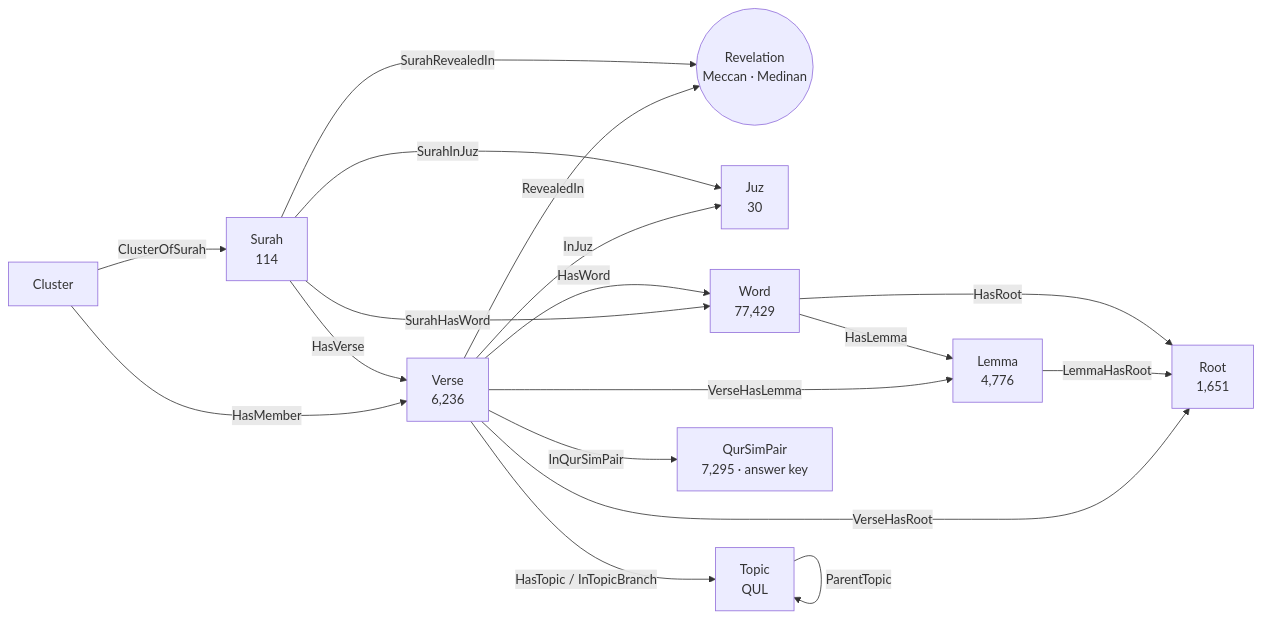
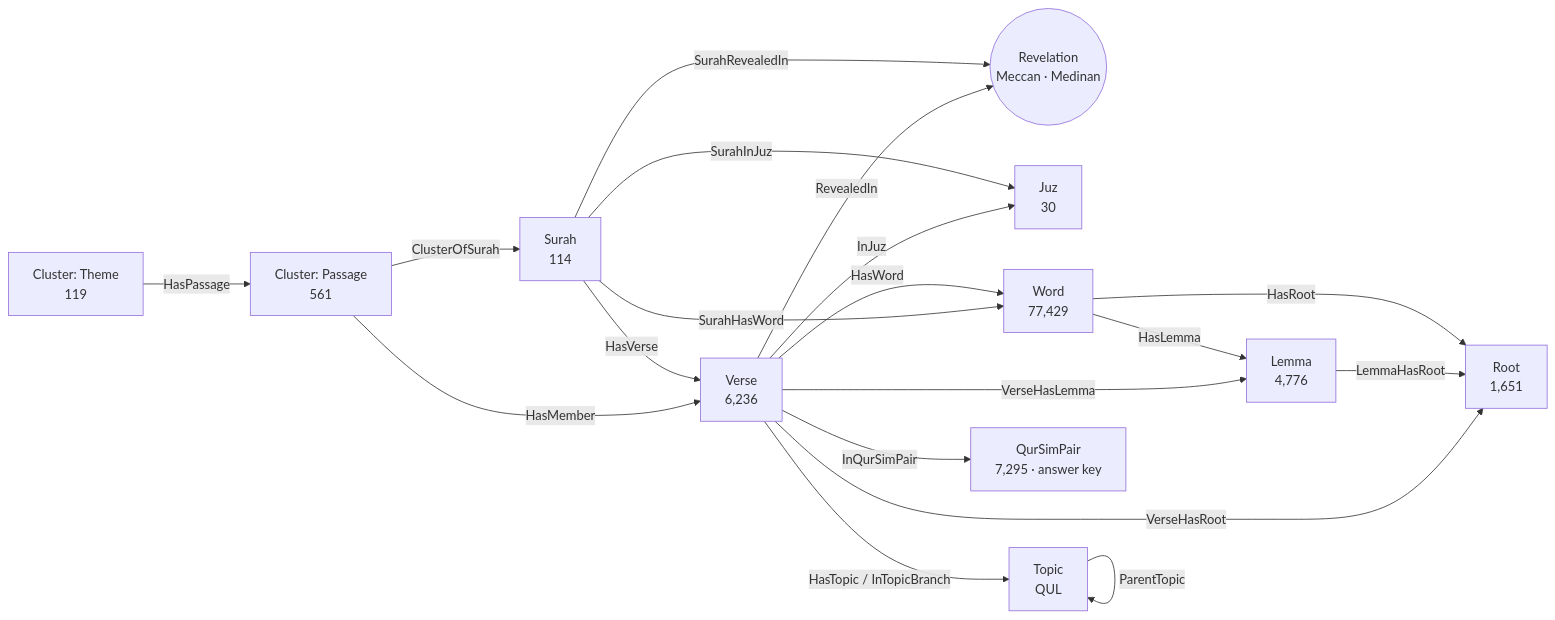
One commit to omarjabloun-hub/quran-knowledge-graph changed the diagram in docs/graph-model.md. Above: the diagram before and after it, drawn with Mermaid. The commit also changed other lines of this file and 5 other files, not shown here.

First line of the commit message:
Cluster schema: passages and themes

````diff
--- a/docs/graph-model.md
+++ b/docs/graph-model.md
@@ -8,21 +8,22 @@
 ```mermaid
 flowchart LR
     Revelation((Revelation<br/>Meccan · Medinan))
     Surah[Surah<br/>114] -- HasVerse --> Verse[Verse<br/>6,236]
     Surah -- SurahInJuz --> Juz[Juz<br/>30]
     Surah -- SurahRevealedIn --> Revelation
     Verse -- InJuz --> Juz
     Verse -- RevealedIn --> Revelation
     Verse -- HasWord --> Word[Word<br/>77,429]
     Surah -- SurahHasWord --> Word
     Word -- HasRoot --> Root[Root<br/>1,651]
     Word -- HasLemma --> Lemma[Lemma<br/>4,776]
     Lemma -- LemmaHasRoot --> Root
     Verse -- VerseHasRoot --> Root
     Verse -- VerseHasLemma --> Lemma
     Verse -- HasTopic / InTopicBranch --> Topic[Topic<br/>QUL]
     Topic -- ParentTopic --> Topic
     Verse -- InQurSimPair --> QurSimPair[QurSimPair<br/>7,295 · answer key]
-    Cluster[Cluster] -- HasMember --> Verse
-    Cluster -- ClusterOfSurah --> Surah
+    Passage[Cluster: Passage<br/>561] -- HasMember --> Verse
+    Passage -- ClusterOfSurah --> Surah
+    Theme[Cluster: Theme<br/>119] -- HasPassage --> Passage
 ```
````
